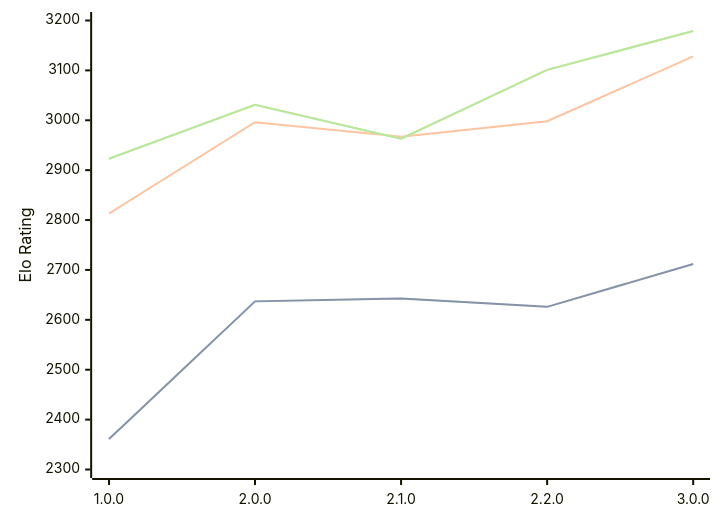
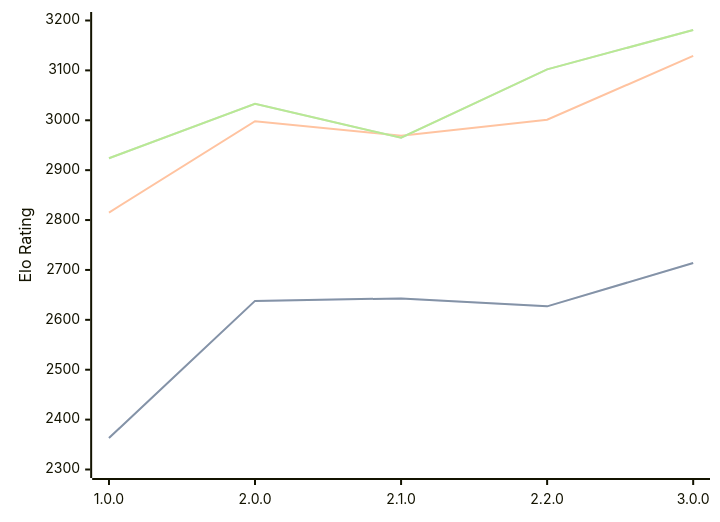
Before and after one commit to computer-chess-index/cci: the diagram in engines/Catalyst.md, drawn with Mermaid. The commit also changed other lines of this file, not shown here.

Commit message:
Update CCI Ratings (ELO VLTC) - 2026-05-06

````diff
--- a/engines/Catalyst.md
+++ b/engines/Catalyst.md
@@ -35,11 +35,11 @@
 ```mermaid
 %%{init: {"theme":"base","themeVariables":{"seriesColors:['#a3a3a3','#222221','#faa371']}}}%%
 xychart-beta
   x-axis ["1.0.0", "2.0.0", "2.1.0", "2.2.0", "3.0.0"]
   y-axis "Elo Rating" 2300 --> 3200
-  line "STC (8.0+0.08s)" [2361, 2637, 2643, 2626, 2712]
-  line "STC (8.0+0.08s)" [2361, 2637, 2643, 2626, 2712]
-  line "LTC (60.0+0.60s)" [2813, 2996, 2967, 2998, 3128]
-  line "VLTC (2m24s+1.12s)" [2923, 3031, 2963, 3101, 3179]
-  line "VLTC (2m24s+1.12s)" [2923, 3031, 2963, 3101, 3179]
+  line "STC (8.0+0.08s)" [2363, 2638, 2643, 2627, 2714]
+  line "STC (8.0+0.08s)" [2363, 2638, 2643, 2627, 2714]
+  line "LTC (60.0+0.60s)" [2815, 2998, 2969, 3001, 3129]
+  line "VLTC (2m24s+1.12s)" [2924, 3033, 2965, 3102, 3181]
+  line "VLTC (2m24s+1.12s)" [2924, 3033, 2965, 3102, 3181]
 ```
````
